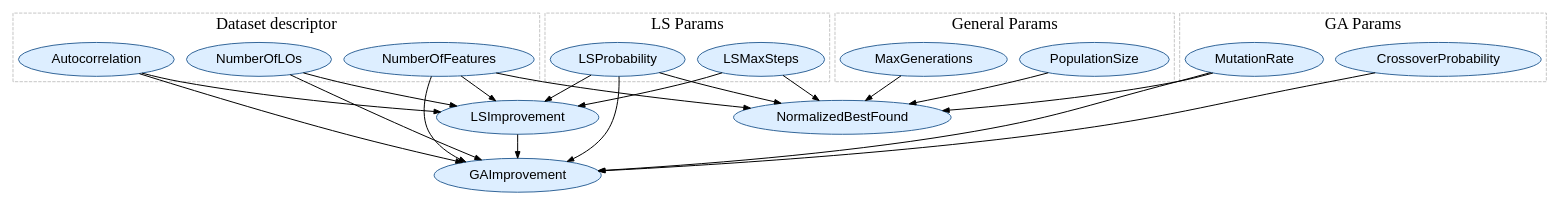
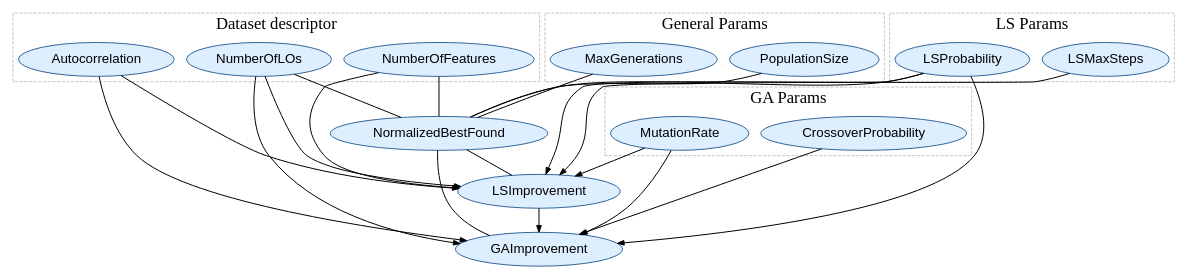
The diagram in causal/pc_res/pc_com.dot (alfkristian02/MA-parametric-analysis), drawn with Graphviz before and after one commit. The commit also changed 13 other files, not shown here.

```diff
--- a/causal/pc_res/pc_com.dot
+++ b/causal/pc_res/pc_com.dot
@@ -1,40 +1,41 @@
 digraph {
   rankdir=TB;
   bgcolor=white;
   node [shape=ellipse fontsize=20 fontname="Helvetica" style=filled fillcolor="#ddeeff" color="#336699" penwidth=1.5 margin=0.1];
   edge [penwidth=1.5 arrowsize=1.0];
   subgraph cluster_dataset {
     label="Dataset descriptor"; style=dashed; color="#aaaaaa"; fontsize=25
     "Autocorrelation"; "NumberOfFeatures"; "NumberOfLOs";
   }
   subgraph cluster_ga {
     label="GA Params"; style=dashed; color="#aaaaaa"; fontsize=25
     "CrossoverProbability"; "MutationRate";
   }
   subgraph cluster_ls {
     label="LS Params"; style=dashed; color="#aaaaaa"; fontsize=25
     "LSProbability"; "LSMaxSteps";
   }
   subgraph cluster_general {
     label="General Params"; style=dashed; color="#aaaaaa"; fontsize=25
     "PopulationSize"; "MaxGenerations";
   }
+  "NormalizedBestFound" -> "GAImprovement" [dir=none];
+  "NormalizedBestFound" -> "LSImprovement" [dir=none];
   "CrossoverProbability" -> "GAImprovement";
-  "MutationRate" -> "NormalizedBestFound";
   "MutationRate" -> "GAImprovement";
-  "LSProbability" -> "NormalizedBestFound";
+  "MutationRate" -> "LSImprovement";
+  "LSProbability" -> "NormalizedBestFound" [dir=none];
   "LSProbability" -> "GAImprovement";
   "LSProbability" -> "LSImprovement";
-  "LSMaxSteps" -> "NormalizedBestFound";
   "LSMaxSteps" -> "LSImprovement";
   "LSImprovement" -> "GAImprovement";
-  "PopulationSize" -> "NormalizedBestFound";
-  "MaxGenerations" -> "NormalizedBestFound";
+  "PopulationSize" -> "NormalizedBestFound" [dir=none];
+  "MaxGenerations" -> "NormalizedBestFound" [dir=none];
   "Autocorrelation" -> "GAImprovement";
   "Autocorrelation" -> "LSImprovement";
-  "NumberOfFeatures" -> "NormalizedBestFound";
-  "NumberOfFeatures" -> "GAImprovement";
+  "NumberOfFeatures" -> "NormalizedBestFound" [dir=none];
   "NumberOfFeatures" -> "LSImprovement";
+  "NumberOfLOs" -> "NormalizedBestFound" [dir=none];
   "NumberOfLOs" -> "GAImprovement";
   "NumberOfLOs" -> "LSImprovement";
 }
```
